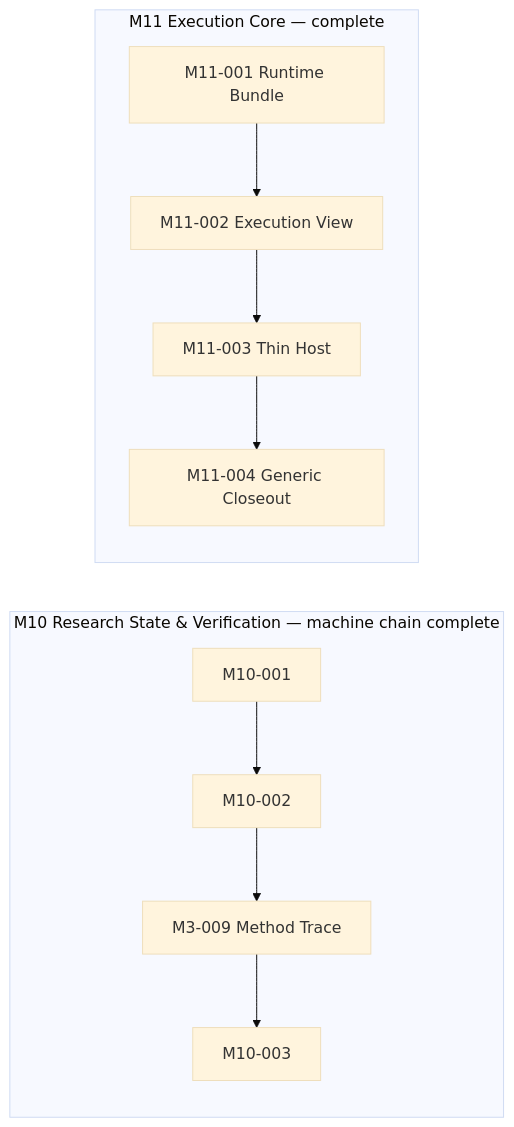
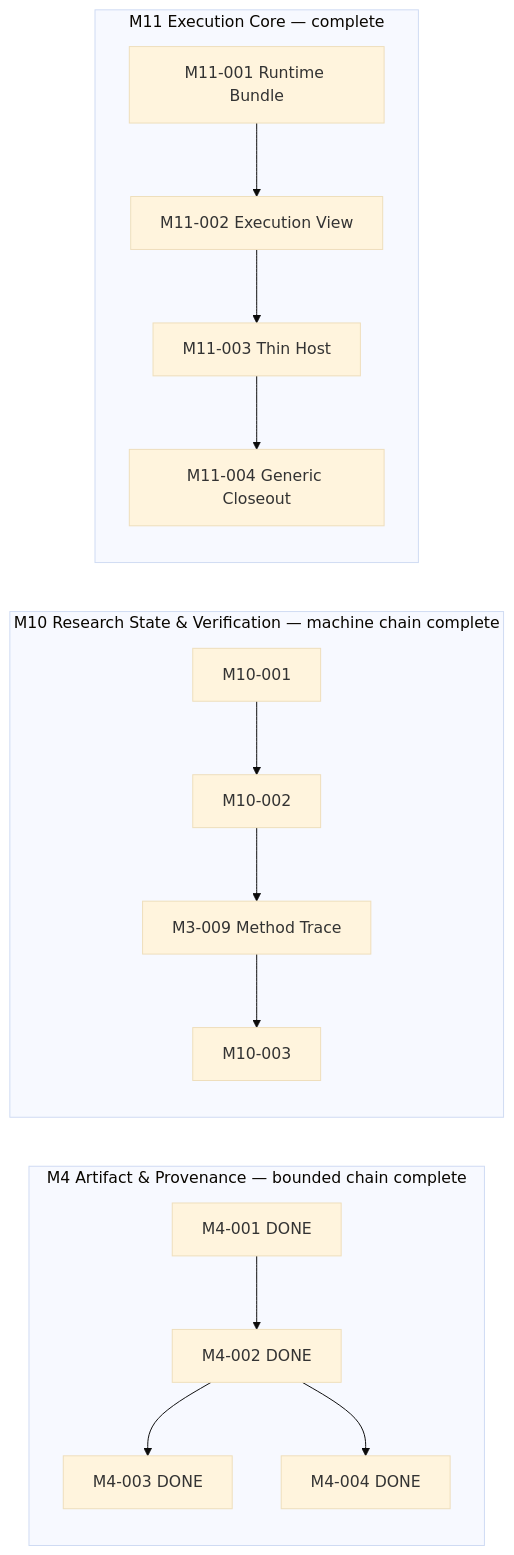
The second of 5 diagrams in docs/M_SERIES_IMPLEMENTATION_MAP.md (Chengyue-Lu/research-agent-workbench), drawn with Mermaid (base theme) before and after one commit. The commit also changed other lines of this file and 32 other files, not shown here.

````diff
--- a/docs/M_SERIES_IMPLEMENTATION_MAP.md
+++ b/docs/M_SERIES_IMPLEMENTATION_MAP.md
@@ -74,11 +74,17 @@
 ```mermaid
 flowchart LR
+    subgraph M4["M4 Artifact & Provenance — bounded chain complete"]
+        M4001["M4-001 DONE"] --> M4002["M4-002 DONE"]
+        M4002 --> M4003["M4-003 DONE"]
+        M4002 --> M4004["M4-004 DONE"]
+    end
+
     subgraph M10["M10 Research State & Verification — machine chain complete"]
         M1001["M10-001"] --> M1002["M10-002"] --> M3009["M3-009 Method Trace"] --> M1003["M10-003"]
     end
 
     subgraph M11Core["M11 Execution Core — complete"]
         M1101["M11-001 Runtime Bundle"] --> M1102["M11-002 Execution View"]
         M1102 --> M1103["M11-003 Thin Host"] --> M1104["M11-004 Generic Closeout"]
     end
 ```
````
